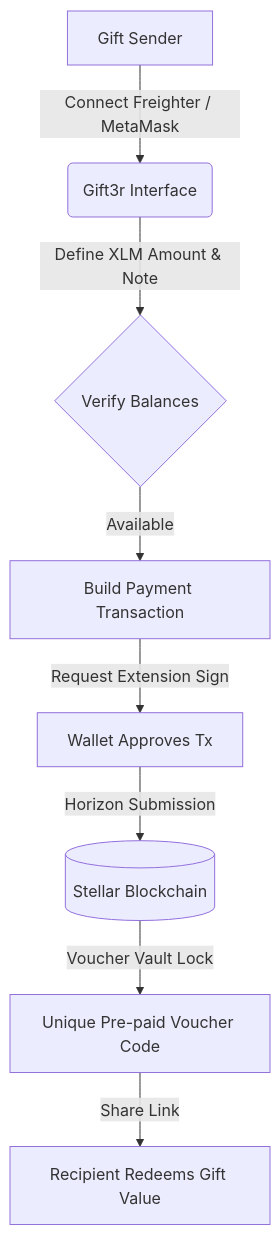
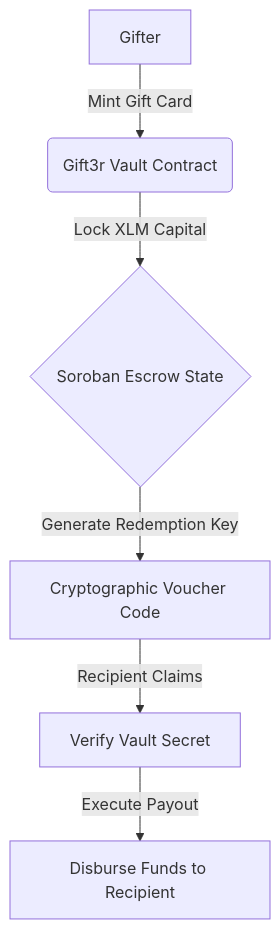
The diagram in 19-gift3r/README.md (SudiptaSanki/BlockChainProjects), drawn with Mermaid before and after one commit. The commit also changed other lines of this file and 3 other files, not shown here.

Commit message:
fix(19-gift3r): add complete Soroban smart contract structure, multi-wallet kit integration, and testnet explorer links

````diff
--- a/19-gift3r/README.md
+++ b/19-gift3r/README.md
@@ -18,10 +22,8 @@
 ```mermaid
 graph TD
-    A[Gift Sender] -->|Connect Freighter / MetaMask| B(Gift3r Interface)
-    B -->|Define XLM Amount & Note| C{Verify Balances}
-    C -->|Available| D[Build Payment Transaction]
-    D -->|Request Extension Sign| E[Wallet Approves Tx]
-    E -->|Horizon Submission| F[(Stellar Blockchain)]
-    F -->|Voucher Vault Lock| G[Unique Pre-paid Voucher Code]
-    G -->|Share Link| H[Recipient Redeems Gift Value]
+    A[Gifter] -->|Mint Gift Card| B(Gift3r Vault Contract)
+    B -->|Lock XLM Capital| C{Soroban Escrow State}
+    C -->|Generate Redemption Key| D[Cryptographic Voucher Code]
+    D -->|Recipient Claims| E[Verify Vault Secret]
+    E -->|Execute Payout| F[Disburse Funds to Recipient]
 ```
````
